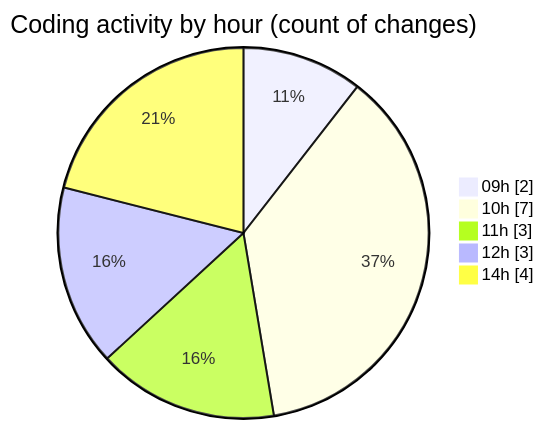
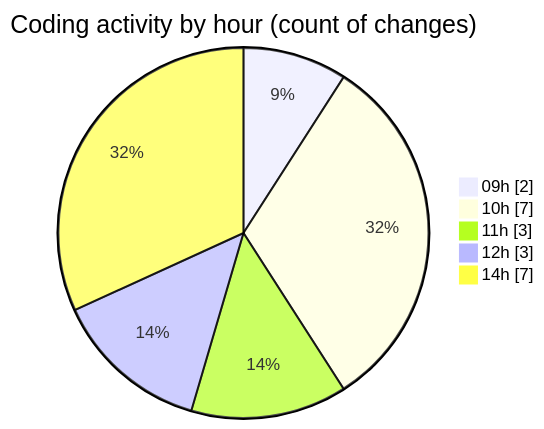
One commit to igalym/code-tracking changed the second of 2 diagrams in 2026-03-02/typescript/README.md. Above: the diagram before and after it, drawn with Mermaid. The commit also changed other lines of this file and 1 other file, not shown here.

````diff
--- a/2026-03-02/typescript/README.md
+++ b/2026-03-02/typescript/README.md
@@ -33,9 +34,9 @@
 ```mermaid
 pie showData
 title Coding activity by hour (count of changes)
 "09h" : 2
 "10h" : 7
 "11h" : 3
 "12h" : 3
-"14h" : 4
+"14h" : 7
 ```
````
